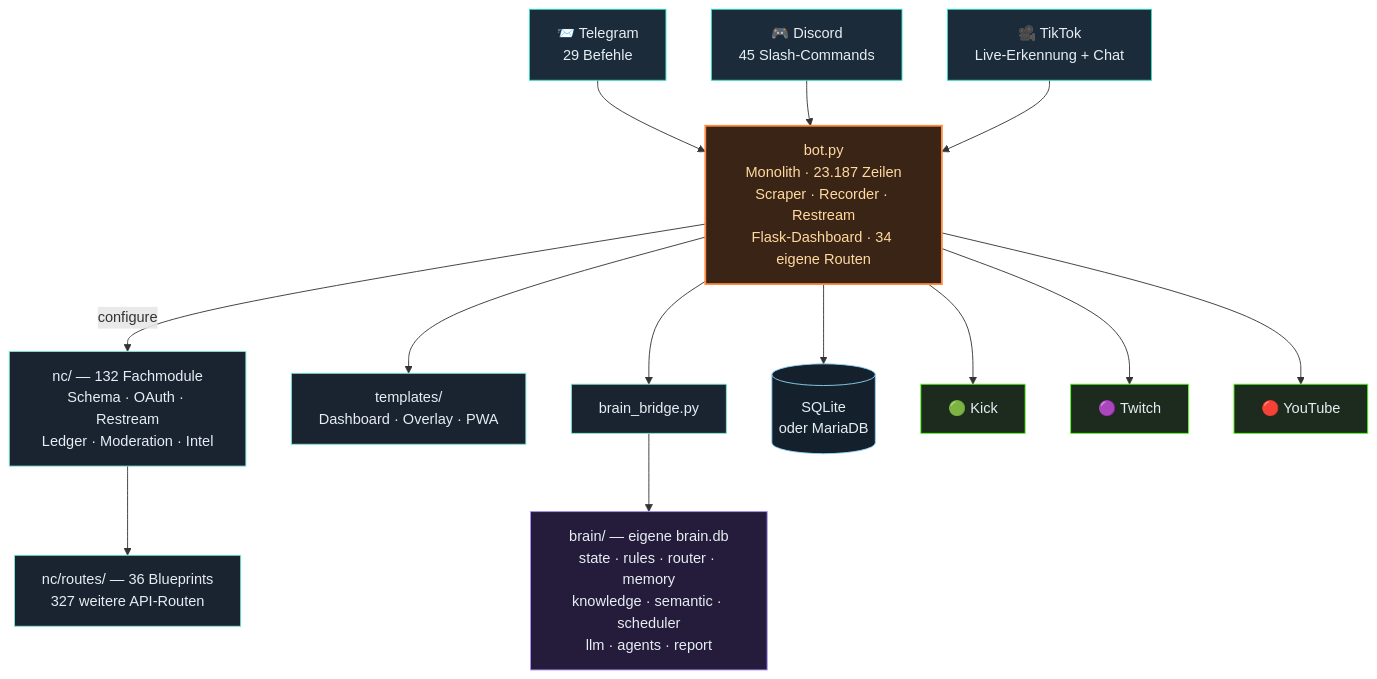
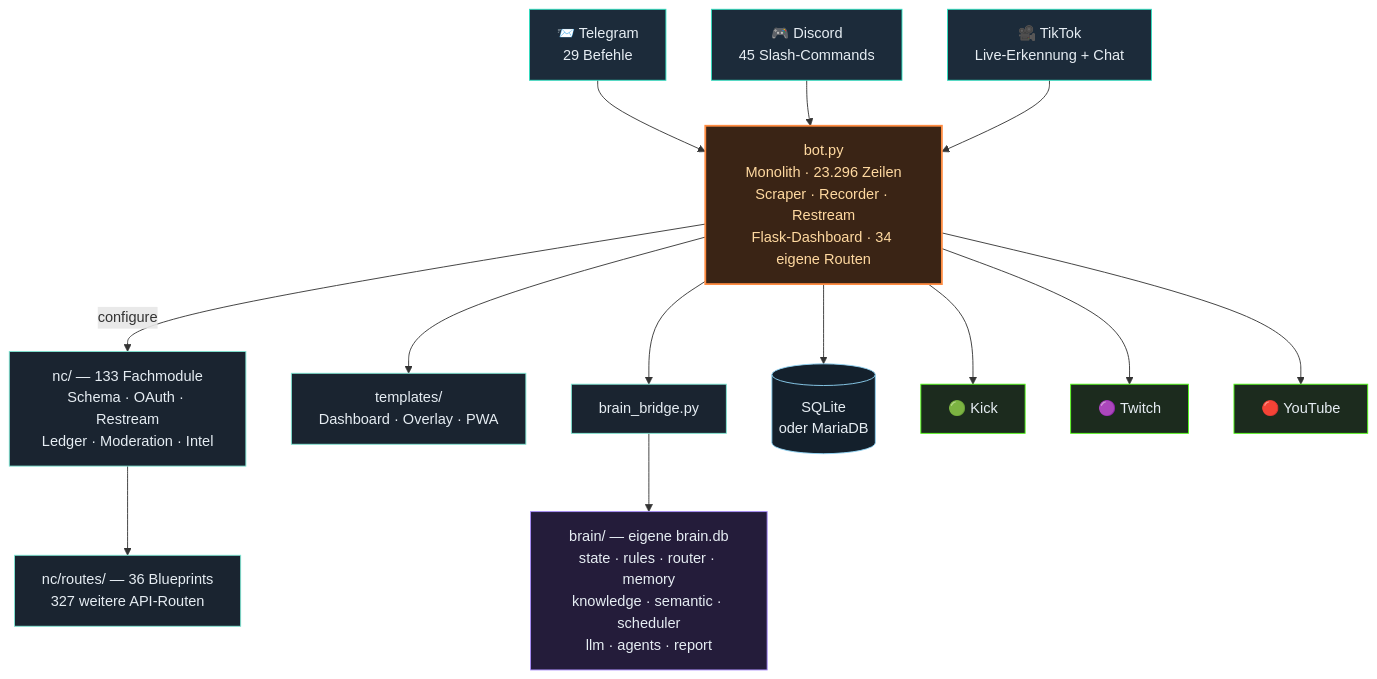
The third of 4 diagrams in README.md (itsamemedev/Telegram-Stream-Info-Bot), drawn with Mermaid before and after one commit. The commit also changed other lines of this file and 14 other files, not shown here.

````diff
--- a/README.md
+++ b/README.md
@@ -189,30 +189,30 @@
 ```mermaid
 flowchart TB
     TG["📨 Telegram<br/>29 Befehle"]:::ein
     DC["🎮 Discord<br/>45 Slash-Commands"]:::ein
     TT["🎥 TikTok<br/>Live-Erkennung + Chat"]:::ein
 
     TG --> BOT
     DC --> BOT
     TT --> BOT
 
-    BOT["bot.py<br/>Monolith · 23.187 Zeilen<br/>Scraper · Recorder · Restream<br/>Flask-Dashboard · 34 eigene Routen"]:::core
+    BOT["bot.py<br/>Monolith · 23.296 Zeilen<br/>Scraper · Recorder · Restream<br/>Flask-Dashboard · 34 eigene Routen"]:::core
 
-    BOT -->|configure| NC["nc/ — 132 Fachmodule<br/>Schema · OAuth · Restream<br/>Ledger · Moderation · Intel"]:::lib
+    BOT -->|configure| NC["nc/ — 133 Fachmodule<br/>Schema · OAuth · Restream<br/>Ledger · Moderation · Intel"]:::lib
     NC --> RT["nc/routes/ — 36 Blueprints<br/>327 weitere API-Routen"]:::lib
     BOT --> TPL["templates/<br/>Dashboard · Overlay · PWA"]:::lib
     BOT --> BR["brain_bridge.py"]:::lib
     BR --> BRAIN["brain/ — eigene brain.db<br/>state · rules · router · memory<br/>knowledge · semantic · scheduler<br/>llm · agents · report"]:::brain
     BOT --> DB[("SQLite<br/>oder MariaDB")]:::db
 
     BOT --> KICK["🟢 Kick"]:::out
     BOT --> TW["🟣 Twitch"]:::out
     BOT --> YT["🔴 YouTube"]:::out
 
     classDef ein fill:#1c2b3a,stroke:#2de1c2,color:#e6edf3
     classDef core fill:#3a2415,stroke:#ff8c42,stroke-width:2px,color:#ffd9a0
     classDef lib fill:#1a2430,stroke:#7fe7d4,color:#e6edf3
     classDef brain fill:#241c3a,stroke:#a78bfa,color:#e6edf3
     classDef db fill:#14202c,stroke:#8fd3f4,color:#e6edf3
     classDef out fill:#1c2b1e,stroke:#53fc18,color:#e6edf3
 ```
````
